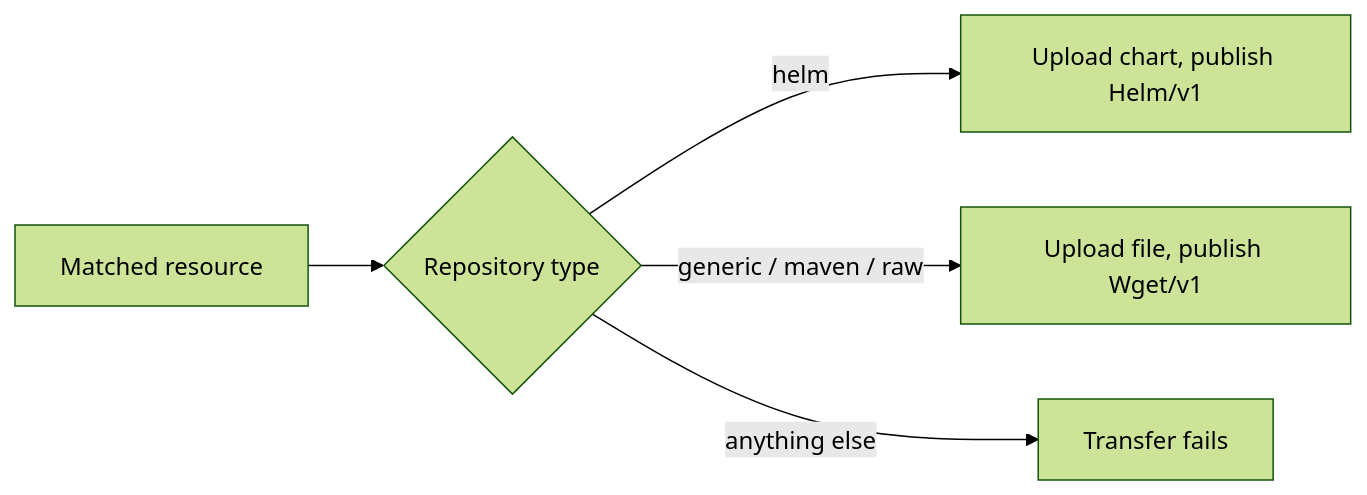
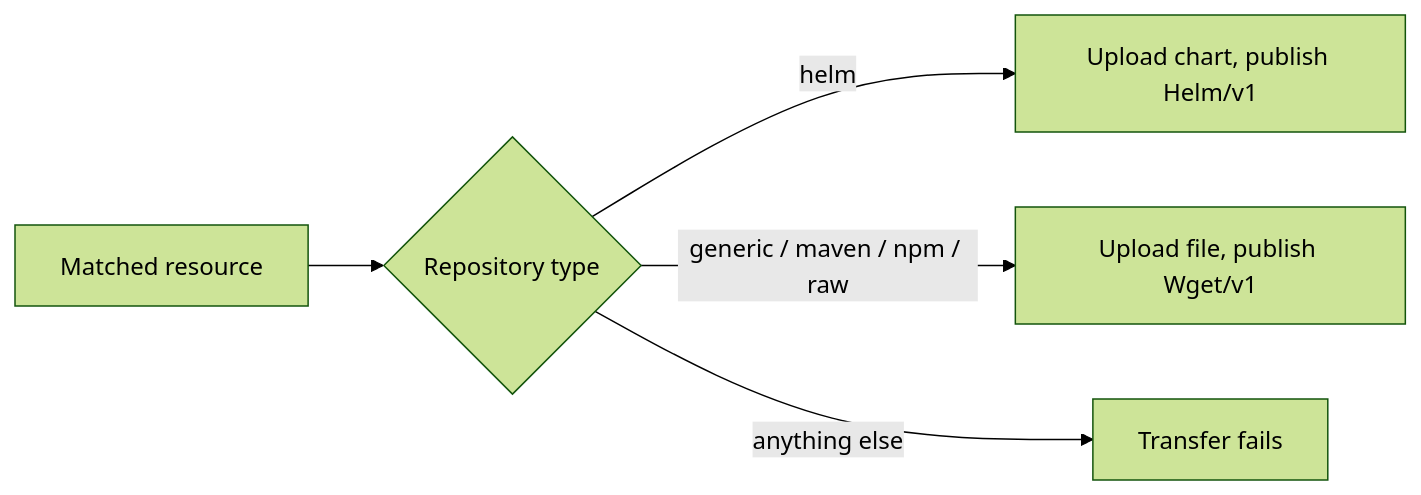
The diagram in website/content/docs/how-to/upload-to-artifactory-and-nexus.md (open-component-model/open-component-model), drawn with Mermaid (forest theme) before and after one commit. The commit also changed other lines of this file and 7 other files, not shown here.

First line of the commit message:
feat(transfer): upload npm packages into artifactory npm repositories

````diff
--- a/website/content/docs/how-to/upload-to-artifactory-and-nexus.md
+++ b/website/content/docs/how-to/upload-to-artifactory-and-nexus.md
@@ -31,7 +31,7 @@
 ```mermaid
 flowchart LR
     R[Matched resource] --> D{Repository type}
     D -->|helm| H[Upload chart, publish Helm/v1]
-    D -->|generic / maven / raw| F[Upload file, publish Wget/v1]
+    D -->|generic / maven / npm / raw| F[Upload file, publish Wget/v1]
     D -->|anything else| X[Transfer fails]
 ```
````
